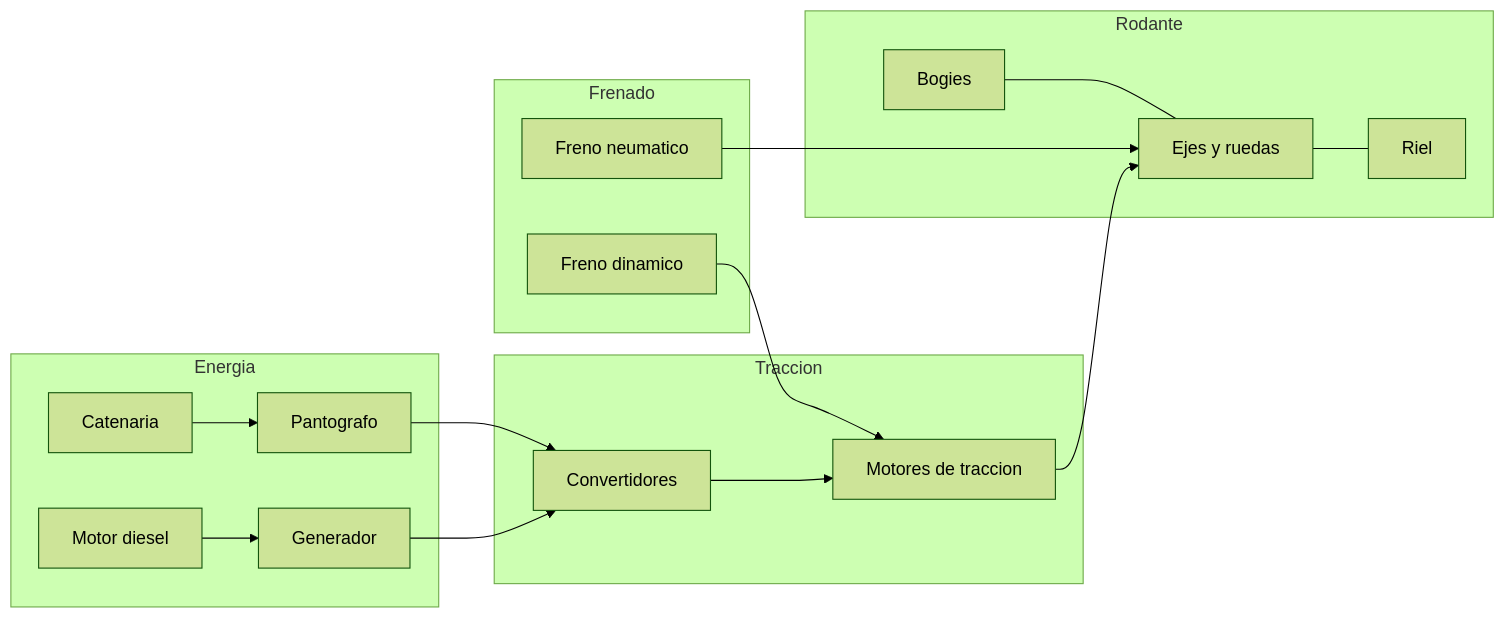
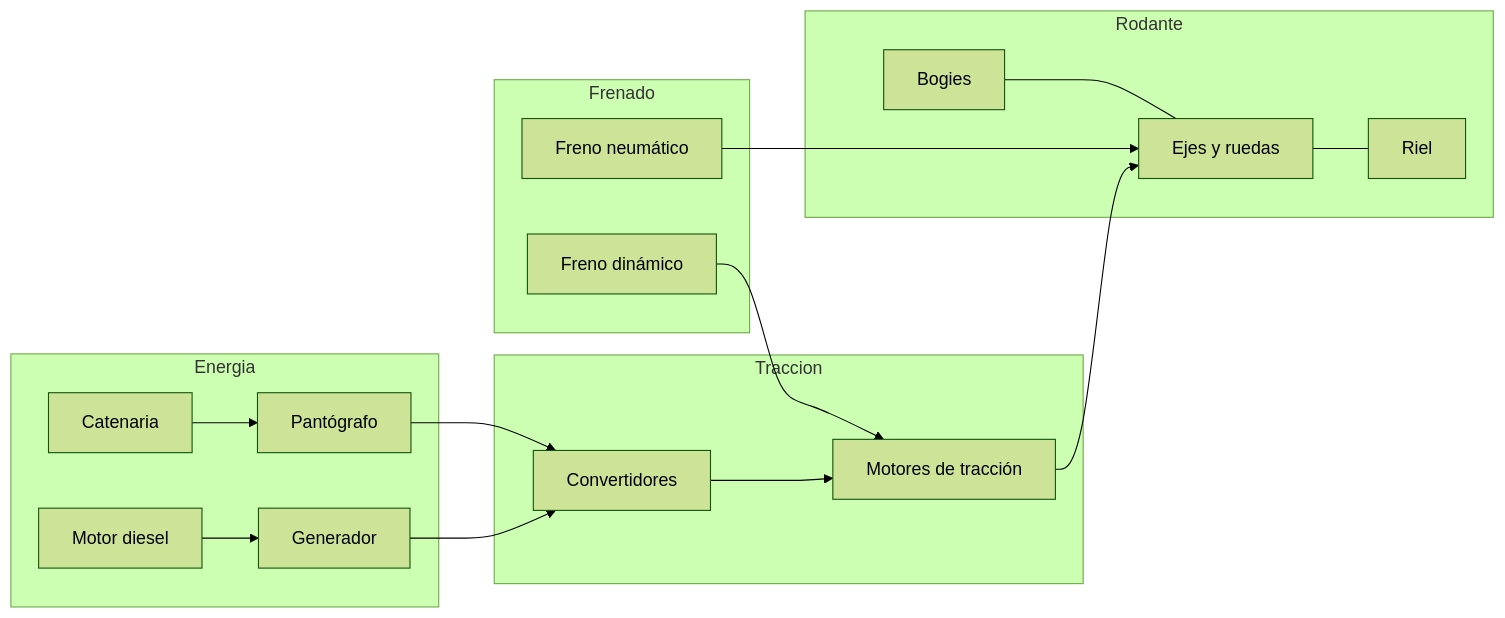
Before and after one commit to vladimiracunadev-create/machine-operator-program: the first of 4 diagrams in vehiculos/tren-pasajeros/operacion/sistemas-mecanicos-tren-pasajeros.md, drawn with Mermaid (forest theme). The commit also changed other lines of this file and 442 other files, not shown here.

````diff
--- a/vehiculos/tren-pasajeros/operacion/sistemas-mecanicos-tren-pasajeros.md
+++ b/vehiculos/tren-pasajeros/operacion/sistemas-mecanicos-tren-pasajeros.md
@@ -10,23 +10,23 @@
 ```mermaid
 flowchart LR
     subgraph Energia
-        Cat[Catenaria] --> Pan[Pantografo]
+        Cat[Catenaria] --> Pan[Pantógrafo]
         Die[Motor diesel] --> Gen[Generador]
     end
     subgraph Traccion
         Pan --> Con[Convertidores]
         Gen --> Con
-        Con --> Mot[Motores de traccion]
+        Con --> Mot[Motores de tracción]
     end
     subgraph Rodante
         Bog[Bogies] --- Eje[Ejes y ruedas]
         Eje --- Rie[Riel]
     end
     subgraph Frenado
-        Neu[Freno neumatico]
-        Din[Freno dinamico]
+        Neu[Freno neumático]
+        Din[Freno dinámico]
     end
     Mot --> Eje
     Neu --> Eje
     Din --> Mot
 ```
````
